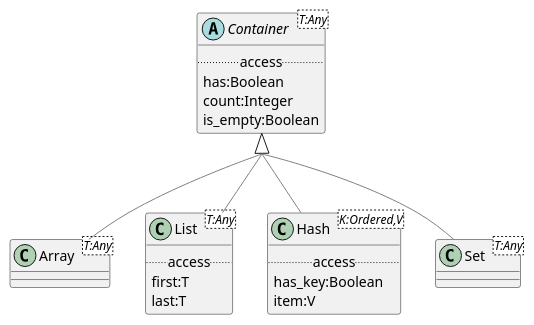
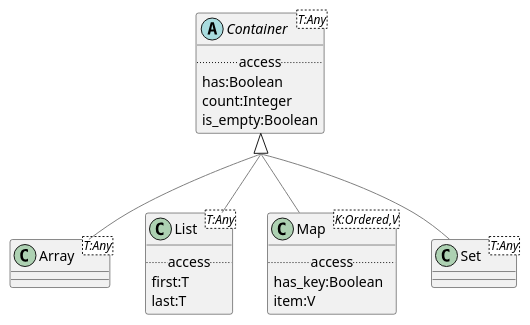
Before and after one commit to wolandscat/openehr-doc: the diagram in modules/ROOT/examples/bmm/representation/builtin_types/structures/structures-package-uml.adoc, drawn with PlantUML. The commit also changed 2355 other files, not shown here.

```diff
--- a/modules/ROOT/examples/bmm/representation/builtin_types/structures/structures-package-uml.adoc
+++ b/modules/ROOT/examples/bmm/representation/builtin_types/structures/structures-package-uml.adoc
@@ -3,45 +3,45 @@
-[plantuml,opts=interactive]
+[plantuml,opts=interactive,link=self]
 ....
 skinparam groupInheritance 2
 skinparam citedClassColor #FDFDFD
 
 
-class Array<T:Any> [[/splashlang-doc/latest/representation/representation-builtin_types.html#_class_array]] {
+class Array<T:Any> [[/openehr-doc/latest/representation/builtin_types-gen.html#_class_array]] {
 }
 
-Container <|-[#gray]- Array
+Array -[#gray]up-|> Container  
 
 
-abstract class Container<T:Any> [[/splashlang-doc/latest/representation/representation-builtin_types.html#_class_container]] {
+abstract class Container<T:Any> [[/openehr-doc/latest/representation/builtin_types-gen.html#_class_container]] {
         .. access ..
         has:Boolean
         count:Integer
         is_empty:Boolean
 }
 
 
-class List<T:Any> [[/splashlang-doc/latest/representation/representation-builtin_types.html#_class_list]] {
+class List<T:Any> [[/openehr-doc/latest/representation/builtin_types-gen.html#_class_list]] {
         .. access ..
         first:T
         last:T
 }
 
-Container <|-[#gray]- List
+List -[#gray]up-|> Container  
 
 
-class Hash<K:Ordered,V> [[/splashlang-doc/latest/representation/representation-builtin_types.html#_class_hash]] {
+class Map<K:Ordered,V> [[/openehr-doc/latest/representation/builtin_types-gen.html#_class_map]] {
         .. access ..
         has_key:Boolean
         item:V
 }
 
-Container <|-[#gray]- Hash
+Map -[#gray]up-|> Container  
 
 
-class Set<T:Any> [[/splashlang-doc/latest/representation/representation-builtin_types.html#_class_set]] {
+class Set<T:Any> [[/openehr-doc/latest/representation/builtin_types-gen.html#_class_set]] {
 }
 
-Container <|-[#gray]- Set
+Set -[#gray]up-|> Container  
 
 
 ....
```
